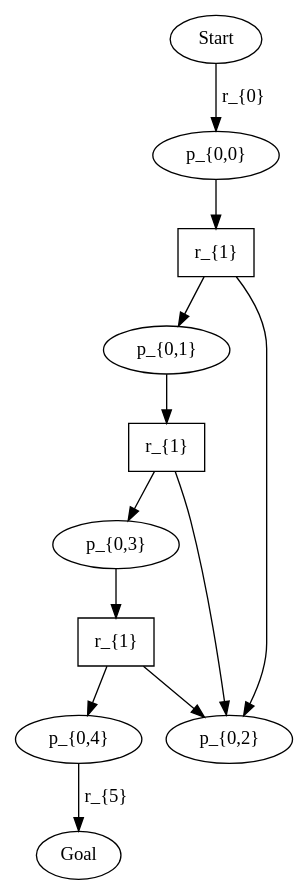
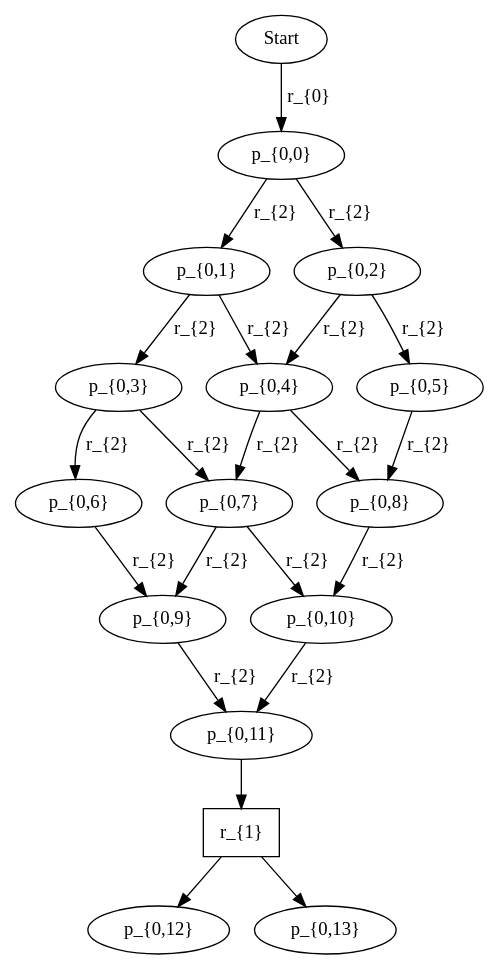
Before and after one commit to lazh01/Kemoinformatik: the diagram in catalan/out/032_dg_0_10100.dot, drawn with Graphviz. The commit also changed 283 other files, not shown here.

```diff
--- a/catalan/out/032_dg_0_10100.dot
+++ b/catalan/out/032_dg_0_10100.dot
@@ -1,39 +1,75 @@
 digraph g {
 
 // id = 0, graphName = Start
 "0-0" [ shape=ellipse label="Start" ];
 // id = 1, graphName = p_{0,0}
 "1-0" [ shape=ellipse label="p_{0,0}" ];
 // id = 3, graphName = p_{0,1}
 "3-0" [ shape=ellipse label="p_{0,1}" ];
-// id = 4, graphName = p_{0,2}
-"4-0" [ shape=ellipse label="p_{0,2}" ];
-// id = 6, graphName = p_{0,3}
-"6-0" [ shape=ellipse label="p_{0,3}" ];
-// id = 8, graphName = p_{0,4}
-"8-0" [ shape=ellipse label="p_{0,4}" ];
-// id = 10, graphName = Goal
-"10-0" [ shape=ellipse label="Goal" ];
-// id = 5{ 'p_{0,0}' }, 'RemoveSingleR', { 'p_{0,1}' 'p_{0,2}' }
-"5-0" [ shape=box label="r_{1}" ];
-// id = 7{ 'p_{0,1}' }, 'RemoveSingleR', { 'p_{0,2}' 'p_{0,3}' }
-"7-0" [ shape=box label="r_{1}" ];
-// id = 9{ 'p_{0,3}' }, 'RemoveSingleR', { 'p_{0,2}' 'p_{0,4}' }
-"9-0" [ shape=box label="r_{1}" ];
+// id = 5, graphName = p_{0,2}
+"5-0" [ shape=ellipse label="p_{0,2}" ];
+// id = 7, graphName = p_{0,3}
+"7-0" [ shape=ellipse label="p_{0,3}" ];
+// id = 9, graphName = p_{0,4}
+"9-0" [ shape=ellipse label="p_{0,4}" ];
+// id = 12, graphName = p_{0,5}
+"12-0" [ shape=ellipse label="p_{0,5}" ];
+// id = 14, graphName = p_{0,6}
+"14-0" [ shape=ellipse label="p_{0,6}" ];
+// id = 16, graphName = p_{0,7}
+"16-0" [ shape=ellipse label="p_{0,7}" ];
+// id = 19, graphName = p_{0,8}
+"19-0" [ shape=ellipse label="p_{0,8}" ];
+// id = 22, graphName = p_{0,9}
+"22-0" [ shape=ellipse label="p_{0,9}" ];
+// id = 25, graphName = p_{0,10}
+"25-0" [ shape=ellipse label="p_{0,10}" ];
+// id = 28, graphName = p_{0,11}
+"28-0" [ shape=ellipse label="p_{0,11}" ];
+// id = 31, graphName = p_{0,12}
+"31-0" [ shape=ellipse label="p_{0,12}" ];
+// id = 32, graphName = p_{0,13}
+"32-0" [ shape=ellipse label="p_{0,13}" ];
+// id = 33{ 'p_{0,11}' }, 'RemoveSingleR', { 'p_{0,12}' 'p_{0,13}' }
+"33-0" [ shape=box label="r_{1}" ];
 // id = 2{ 'Start' }, 'Mark for conversion', { 'p_{0,0}' }
 "0-0" -> "1-0" [ label="r_{0}" ];
-// id = 5{ 'p_{0,0}' }, 'RemoveSingleR', { 'p_{0,1}' 'p_{0,2}' }
-"1-0" -> "5-0" [ ];
-"5-0" -> "3-0" [ ];
-"5-0" -> "4-0" [ ];
-// id = 7{ 'p_{0,1}' }, 'RemoveSingleR', { 'p_{0,2}' 'p_{0,3}' }
-"3-0" -> "7-0" [ ];
-"7-0" -> "4-0" [ ];
-"7-0" -> "6-0" [ ];
-// id = 9{ 'p_{0,3}' }, 'RemoveSingleR', { 'p_{0,2}' 'p_{0,4}' }
-"6-0" -> "9-0" [ ];
-"9-0" -> "4-0" [ ];
-"9-0" -> "8-0" [ ];
-// id = 11{ 'p_{0,4}' }, 'unmarkCollapsedNode', { 'Goal' }
-"8-0" -> "10-0" [ label="r_{5}" ];
+// id = 4{ 'p_{0,0}' }, 'reattachExternalEdge', { 'p_{0,1}' }
+"1-0" -> "3-0" [ label="r_{2}" ];
+// id = 6{ 'p_{0,0}' }, 'reattachExternalEdge', { 'p_{0,2}' }
+"1-0" -> "5-0" [ label="r_{2}" ];
+// id = 8{ 'p_{0,1}' }, 'reattachExternalEdge', { 'p_{0,3}' }
+"3-0" -> "7-0" [ label="r_{2}" ];
+// id = 10{ 'p_{0,1}' }, 'reattachExternalEdge', { 'p_{0,4}' }
+"3-0" -> "9-0" [ label="r_{2}" ];
+// id = 11{ 'p_{0,2}' }, 'reattachExternalEdge', { 'p_{0,4}' }
+"5-0" -> "9-0" [ label="r_{2}" ];
+// id = 13{ 'p_{0,2}' }, 'reattachExternalEdge', { 'p_{0,5}' }
+"5-0" -> "12-0" [ label="r_{2}" ];
+// id = 15{ 'p_{0,3}' }, 'reattachExternalEdge', { 'p_{0,6}' }
+"7-0" -> "14-0" [ label="r_{2}" ];
+// id = 17{ 'p_{0,3}' }, 'reattachExternalEdge', { 'p_{0,7}' }
+"7-0" -> "16-0" [ label="r_{2}" ];
+// id = 18{ 'p_{0,4}' }, 'reattachExternalEdge', { 'p_{0,7}' }
+"9-0" -> "16-0" [ label="r_{2}" ];
+// id = 20{ 'p_{0,4}' }, 'reattachExternalEdge', { 'p_{0,8}' }
+"9-0" -> "19-0" [ label="r_{2}" ];
+// id = 21{ 'p_{0,5}' }, 'reattachExternalEdge', { 'p_{0,8}' }
+"12-0" -> "19-0" [ label="r_{2}" ];
+// id = 23{ 'p_{0,6}' }, 'reattachExternalEdge', { 'p_{0,9}' }
+"14-0" -> "22-0" [ label="r_{2}" ];
+// id = 24{ 'p_{0,7}' }, 'reattachExternalEdge', { 'p_{0,9}' }
+"16-0" -> "22-0" [ label="r_{2}" ];
+// id = 26{ 'p_{0,7}' }, 'reattachExternalEdge', { 'p_{0,10}' }
+"16-0" -> "25-0" [ label="r_{2}" ];
+// id = 27{ 'p_{0,8}' }, 'reattachExternalEdge', { 'p_{0,10}' }
+"19-0" -> "25-0" [ label="r_{2}" ];
+// id = 29{ 'p_{0,9}' }, 'reattachExternalEdge', { 'p_{0,11}' }
+"22-0" -> "28-0" [ label="r_{2}" ];
+// id = 30{ 'p_{0,10}' }, 'reattachExternalEdge', { 'p_{0,11}' }
+"25-0" -> "28-0" [ label="r_{2}" ];
+// id = 33{ 'p_{0,11}' }, 'RemoveSingleR', { 'p_{0,12}' 'p_{0,13}' }
+"28-0" -> "33-0" [ ];
+"33-0" -> "31-0" [ ];
+"33-0" -> "32-0" [ ];
 }
```
